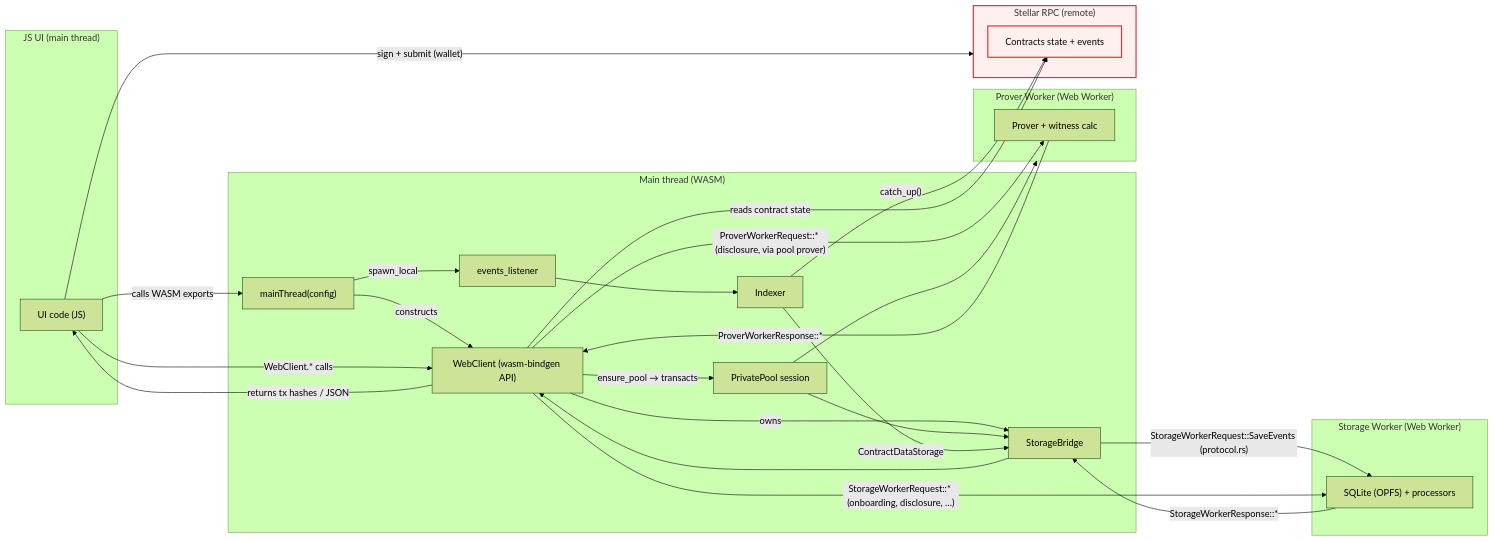
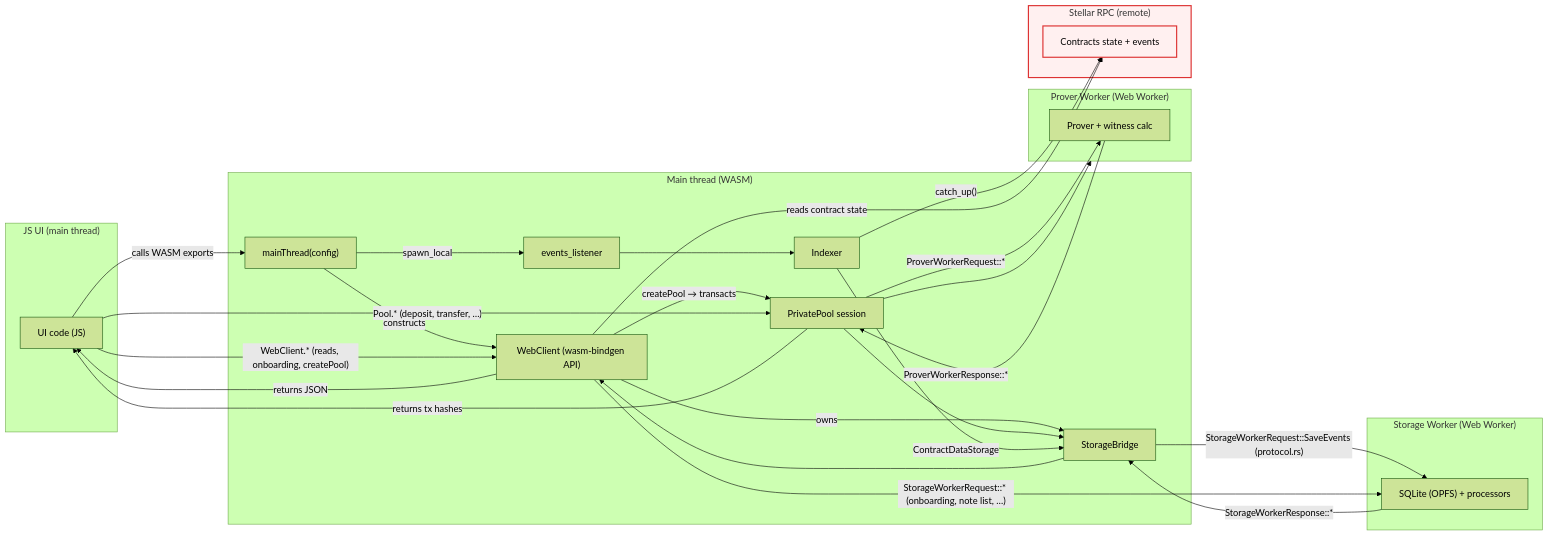
The diagram in app/ARCHITECTURE.md (NethermindEth/stellar-private-payments), drawn with Mermaid (forest theme) before and after one commit. The commit also changed other lines of this file, not shown here.

````diff
--- a/app/ARCHITECTURE.md
+++ b/app/ARCHITECTURE.md
@@ -76,57 +92,58 @@
 ```mermaid
 flowchart LR
   %% Main thread
   subgraph JS["JS UI (main thread)"]
     UI["UI code (JS)"]
   end
 
   subgraph WASM["Main thread (WASM)"]
     MT["mainThread(config)"]
     WC["WebClient (wasm-bindgen API)"]
     PP["PrivatePool session"]
     SB["StorageBridge"]
     EL["events_listener"]
     IDX["Indexer"]
   end
 
   %% Workers
   subgraph SW["Storage Worker (Web Worker)"]
     DB["SQLite (OPFS) + processors"]
   end
 
   subgraph PW["Prover Worker (Web Worker)"]
     PR["Prover + witness calc"]
   end
 
   %% Remote dependency (not local)
   subgraph RPC["Stellar RPC (remote)"]
     RPCAPI["Contracts state + events"]
   end
 
   UI -->|"calls WASM exports"| MT
   MT -->|"constructs"| WC
   WC -->|"owns"| SB
-  WC -->|"ensure_pool → transacts"| PP
+  WC -->|"createPool → transacts"| PP
   PP --> SB
   PP --> PW
 
   MT -->|"spawn_local"| EL
   EL --> IDX
   IDX -->|"catch_up()"| RPCAPI
   IDX -->|"ContractDataStorage"| SB
   SB -->|"StorageWorkerRequest::SaveEvents (protocol.rs)"| DB
 
-  UI -->|"WebClient.* calls"| WC
+  UI -->|"WebClient.* (reads, onboarding, createPool)"| WC
+  UI -->|"Pool.* (deposit, transfer, …)"| PP
   WC -->|"reads contract state"| RPCAPI
-  WC -->|"StorageWorkerRequest::* (onboarding, disclosure, …)"| DB
-  WC -->|"ProverWorkerRequest::* (disclosure, via pool prover)"| PR
-  PR -->|"ProverWorkerResponse::*"| WC
+  WC -->|"StorageWorkerRequest::* (onboarding, note list, …)"| DB
+  PP -->|"ProverWorkerRequest::*"| PR
+  PR -->|"ProverWorkerResponse::*"| PP
   DB -->|"StorageWorkerResponse::*"| SB
   SB --> WC
-  WC -->|"returns tx hashes / JSON"| UI
-  UI -->|"sign + submit (wallet)"| RPC
+  WC -->|"returns JSON"| UI
+  PP -->|"returns tx hashes"| UI
 
   classDef remote fill:#fff0f0,stroke:#d33,stroke-width:2px,color:#000;
   style RPC fill:#fff0f0,stroke:#d33,stroke-width:2px;
   class RPCAPI remote;
 ```
````
